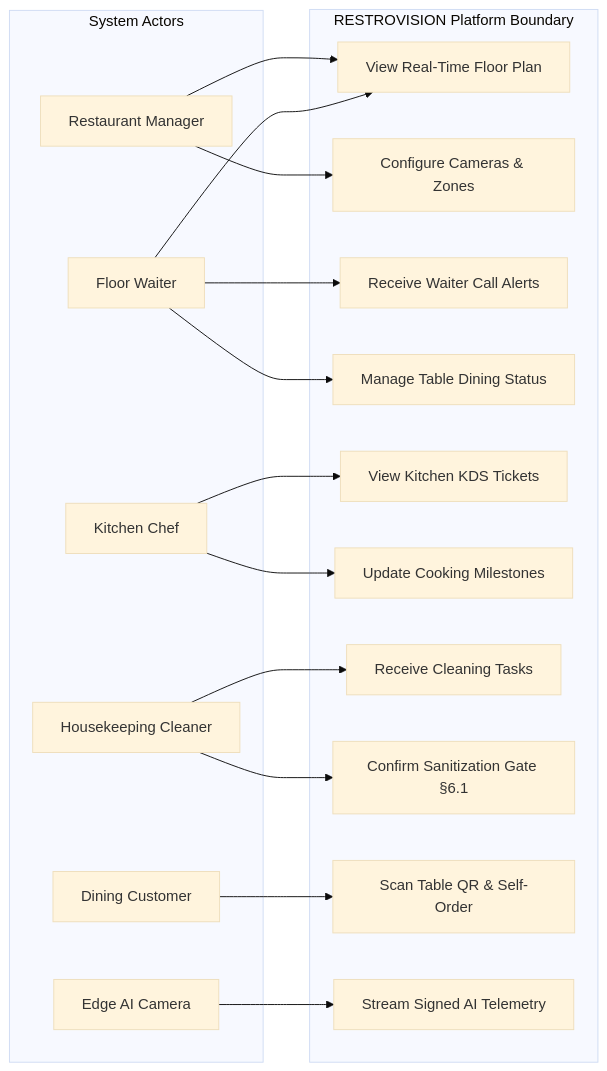
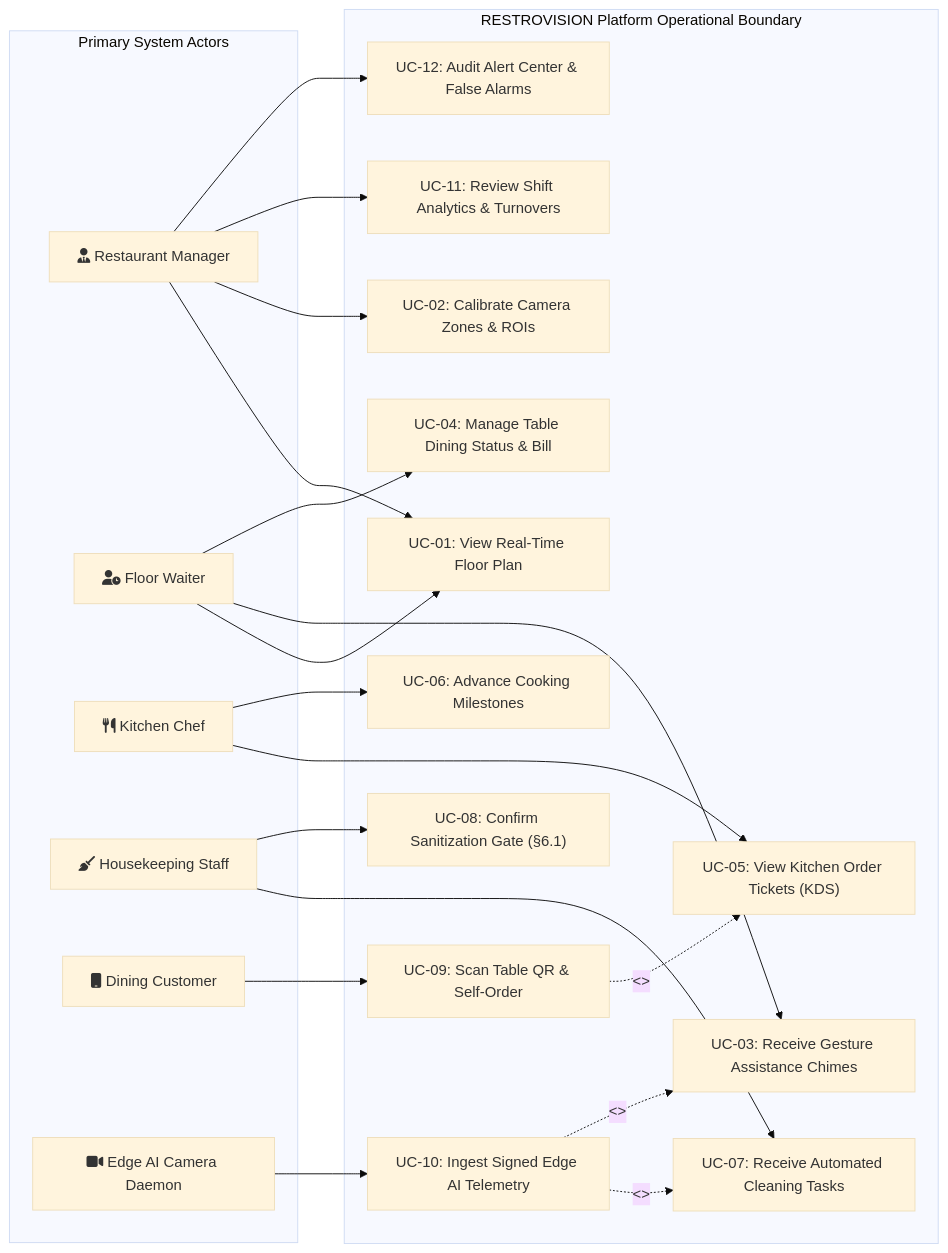
The eighth of 17 diagrams in documentation/RESTROVISION_COMPLETE_BSC_PROJECT_REPORT.md (vishalmore-28/restrovision), drawn with Mermaid (base theme) before and after one commit. The commit also changed other lines of this file, not shown here.

Commit message:
docs: expand academic project report with 17 inline UML/architecture diagrams and complete source implementations

````diff
--- a/documentation/RESTROVISION_COMPLETE_BSC_PROJECT_REPORT.md
+++ b/documentation/RESTROVISION_COMPLETE_BSC_PROJECT_REPORT.md
@@ -713,36 +1072,44 @@
 ```mermaid
 flowchart LR
-    subgraph Actors["System Actors"]
-        Manager["Restaurant Manager"]
-        Waiter["Floor Waiter"]
-        Chef["Kitchen Chef"]
-        Cleaner["Housekeeping Cleaner"]
-        Customer["Dining Customer"]
-        Camera["Edge AI Camera"]
+    subgraph Actors["Primary System Actors"]
+        Manager["fa:fa-user-tie Restaurant Manager"]
+        Waiter["fa:fa-user-clock Floor Waiter"]
+        Chef["fa:fa-utensils Kitchen Chef"]
+        Cleaner["fa:fa-broom Housekeeping Staff"]
+        Customer["fa:fa-mobile Dining Customer"]
+        Camera["fa:fa-video Edge AI Camera Daemon"]
     end
 
-    subgraph Boundary["RESTROVISION Platform Boundary"]
-        UC1["View Real-Time Floor Plan"]
-        UC2["Configure Cameras & Zones"]
-        UC3["Receive Waiter Call Alerts"]
-        UC4["Manage Table Dining Status"]
-        UC5["View Kitchen KDS Tickets"]
-        UC6["Update Cooking Milestones"]
-        UC7["Receive Cleaning Tasks"]
-        UC8["Confirm Sanitization Gate §6.1"]
-        UC9["Scan Table QR & Self-Order"]
-        UC10["Stream Signed AI Telemetry"]
+    subgraph Boundary["RESTROVISION Platform Operational Boundary"]
+        UC1["UC-01: View Real-Time Floor Plan"]
+        UC2["UC-02: Calibrate Camera Zones & ROIs"]
+        UC3["UC-03: Receive Gesture Assistance Chimes"]
+        UC4["UC-04: Manage Table Dining Status & Bill"]
+        UC5["UC-05: View Kitchen Order Tickets (KDS)"]
+        UC6["UC-06: Advance Cooking Milestones"]
+        UC7["UC-07: Receive Automated Cleaning Tasks"]
+        UC8["UC-08: Confirm Sanitization Gate (§6.1)"]
+        UC9["UC-09: Scan Table QR & Self-Order"]
+        UC10["UC-10: Ingest Signed Edge AI Telemetry"]
+        UC11["UC-11: Review Shift Analytics & Turnovers"]
+        UC12["UC-12: Audit Alert Center & False Alarms"]
     end
 
     Manager --> UC1
     Manager --> UC2
+    Manager --> UC11
+    Manager --> UC12
     Waiter --> UC1
     Waiter --> UC3
     Waiter --> UC4
     Chef --> UC5
     Chef --> UC6
     Cleaner --> UC7
     Cleaner --> UC8
     Customer --> UC9
     Camera --> UC10
+
+    UC10 -.->|<<triggers>>| UC7
+    UC10 -.->|<<triggers>>| UC3
+    UC9 -.->|<<triggers>>| UC5
 ```
````
